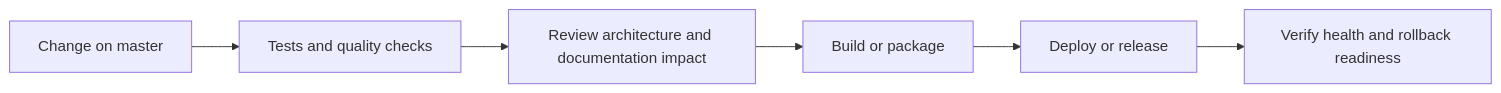
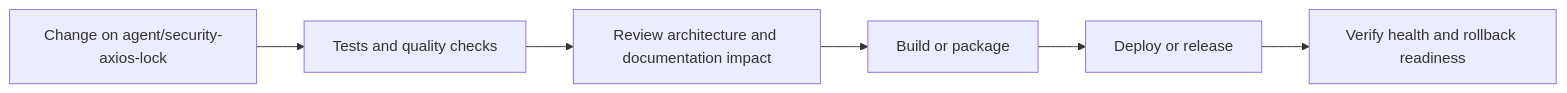
One commit to Nischhalsubba/sassBoilerplate changed the fourth of 5 diagrams in README.md. Above: the diagram before and after it, drawn with Mermaid. The commit also changed other lines of this file, not shown here.

````diff
--- a/README.md
+++ b/README.md
@@ -139,8 +139,8 @@
 ```mermaid
 flowchart LR
-    CHANGE["Change on master"] --> CHECK["Tests and quality checks"]
+    CHANGE["Change on agent/security-axios-lock"] --> CHECK["Tests and quality checks"]
     CHECK --> REVIEW["Review architecture and documentation impact"]
     REVIEW --> BUILD["Build or package"]
     BUILD --> DEPLOY["Deploy or release"]
     DEPLOY --> VERIFY["Verify health and rollback readiness"]
 ```
````
